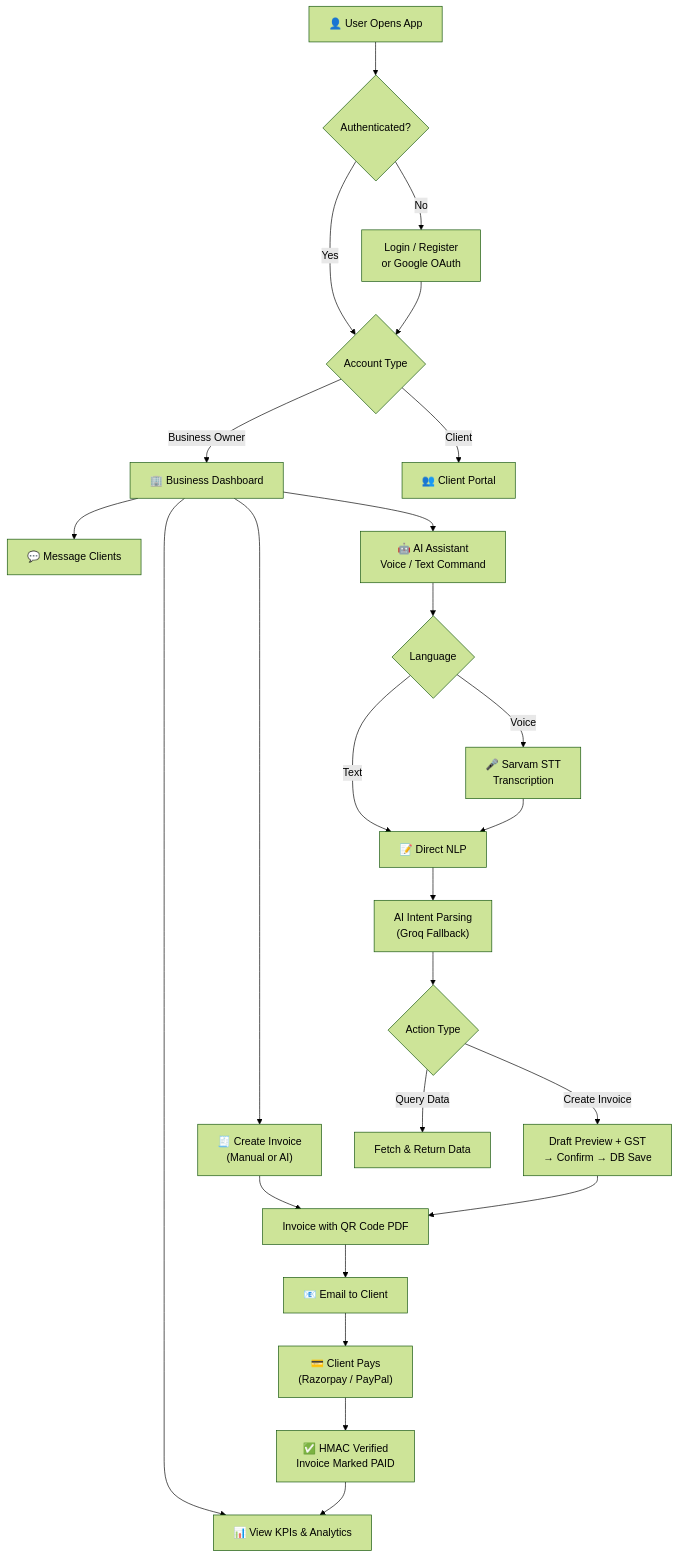
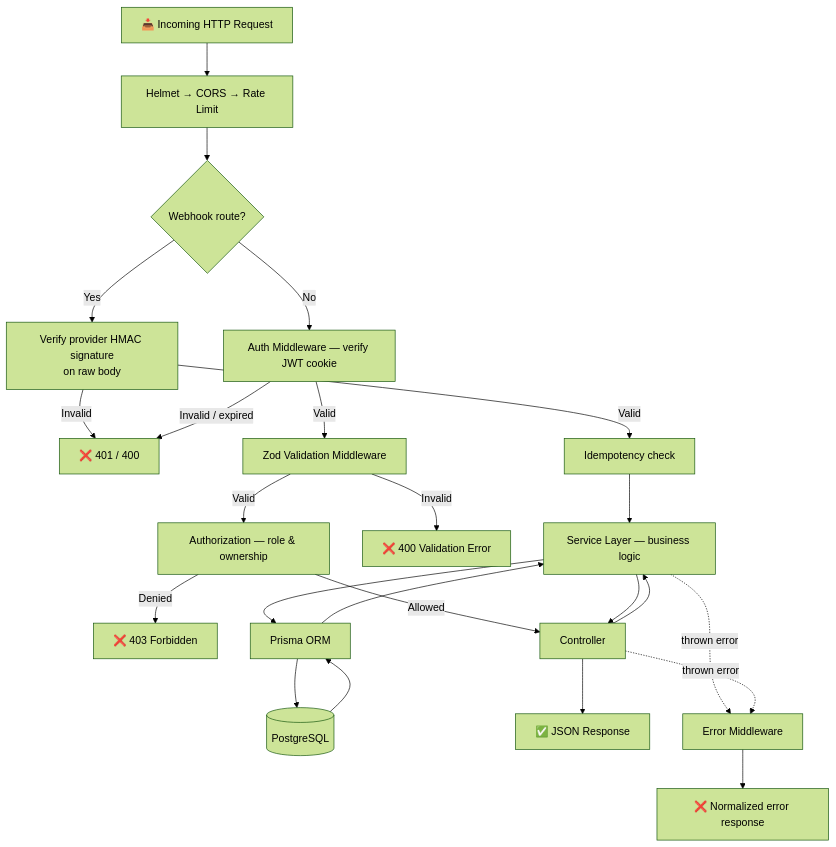
Before and after one commit to aryan24cse109-dev/Wealthra-ai: the second of 6 diagrams in README.md, drawn with Mermaid (forest theme). The commit also changed other lines of this file and 3 other files, not shown here.

````diff
--- a/README.md
+++ b/README.md
@@ -168,31 +136,25 @@
 ```mermaid
 flowchart TD
-    A["👤 User Opens App"] --> B{Authenticated?}
-    B -->|No| C["Login / Register\nor Google OAuth"]
-    B -->|Yes| D{Account Type}
-    C --> D
+    A["📥 Incoming HTTP Request"] --> B["Helmet → CORS → Rate Limit"]
+    B --> W{"Webhook route?"}
+    W -->|Yes| WS["Verify provider HMAC signature<br/>on raw body"]
+    WS -->|Invalid| E401["❌ 401 / 400"]
+    WS -->|Valid| IDEM["Idempotency check"]
+    IDEM --> G
+    W -->|No| C["Auth Middleware — verify JWT cookie"]
+    C -->|Invalid / expired| E401
+    C -->|Valid| D["Zod Validation Middleware"]
+    D -->|Invalid| E400["❌ 400 Validation Error"]
+    D -->|Valid| E["Authorization — role & ownership"]
+    E -->|Denied| E403["❌ 403 Forbidden"]
+    E -->|Allowed| F["Controller"]
+    F --> G["Service Layer — business logic"]
+    G --> H["Prisma ORM"]
+    H --> I[("PostgreSQL")]
+    I --> H --> G --> F
+    F --> J["✅ JSON Response"]
 
-    D -->|Business Owner| E["🏢 Business Dashboard"]
-    D -->|Client| F["👥 Client Portal"]
-
-    E --> G["📊 View KPIs & Analytics"]
-    E --> H["🧾 Create Invoice\n(Manual or AI)"]
-    E --> I["💬 Message Clients"]
-    E --> J["🤖 AI Assistant\nVoice / Text Command"]
-
-    J --> K{"Language"}
-    K -->|Voice| L["🎤 Sarvam STT\nTranscription"]
-    K -->|Text| M["📝 Direct NLP"]
-    L --> M
-    M --> N["AI Intent Parsing\n(Groq Fallback)"]
-    N --> O{"Action Type"}
-    O -->|Create Invoice| P["Draft Preview + GST\n→ Confirm → DB Save"]
-    O -->|Query Data| Q["Fetch & Return Data"]
-
-    H --> R["Invoice with QR Code PDF"]
-    P --> R
-    R --> S["📧 Email to Client"]
-    S --> T["💳 Client Pays\n(Razorpay / PayPal)"]
-    T --> U["✅ HMAC Verified\nInvoice Marked PAID"]
-    U --> G
+    G -. "thrown error" .-> ERR["Error Middleware"]
+    F -. "thrown error" .-> ERR
+    ERR --> E500["❌ Normalized error response"]
 ```
````
